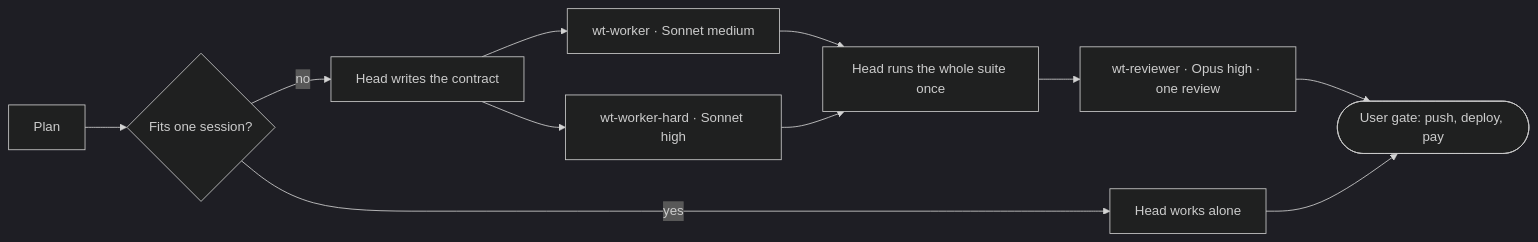
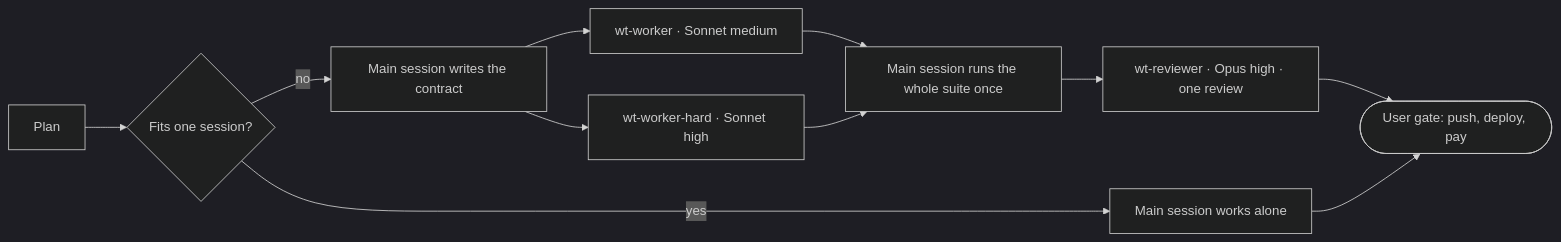
One commit to LinusKon/work-triage changed the diagram in README.md. Above: the diagram before and after it, drawn with Mermaid (dark theme). The commit also changed other lines of this file and 29 other files, not shown here.

Commit message:
work-triage 2.6.1: plain wording, references in line with the core, redrawn charts, third-party notice

````diff
--- a/README.md
+++ b/README.md
@@ -39,13 +53,13 @@
 ```mermaid
 flowchart LR
     P[Plan] --> S{Fits one session?}
-    S -- yes --> Solo[Head works alone]
-    S -- no --> C[Head writes the contract]
+    S -- yes --> Solo[Main session works alone]
+    S -- no --> C[Main session writes the contract]
     C --> W1[wt-worker · Sonnet medium]
     C --> W2[wt-worker-hard · Sonnet high]
-    W1 --> T[Head runs the whole suite once]
+    W1 --> T[Main session runs the whole suite once]
     W2 --> T
     T --> R[wt-reviewer · Opus high · one review]
     R --> G([User gate: push, deploy, pay])
     Solo --> G
 ```
````
